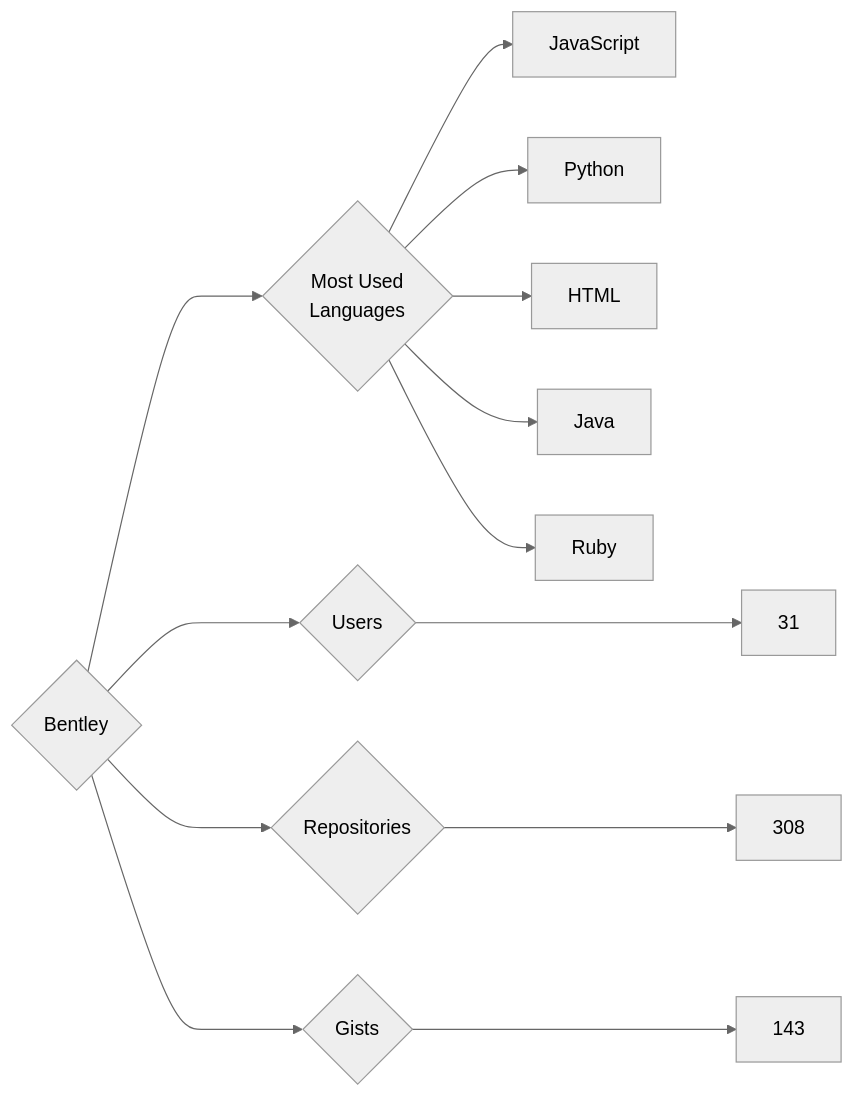
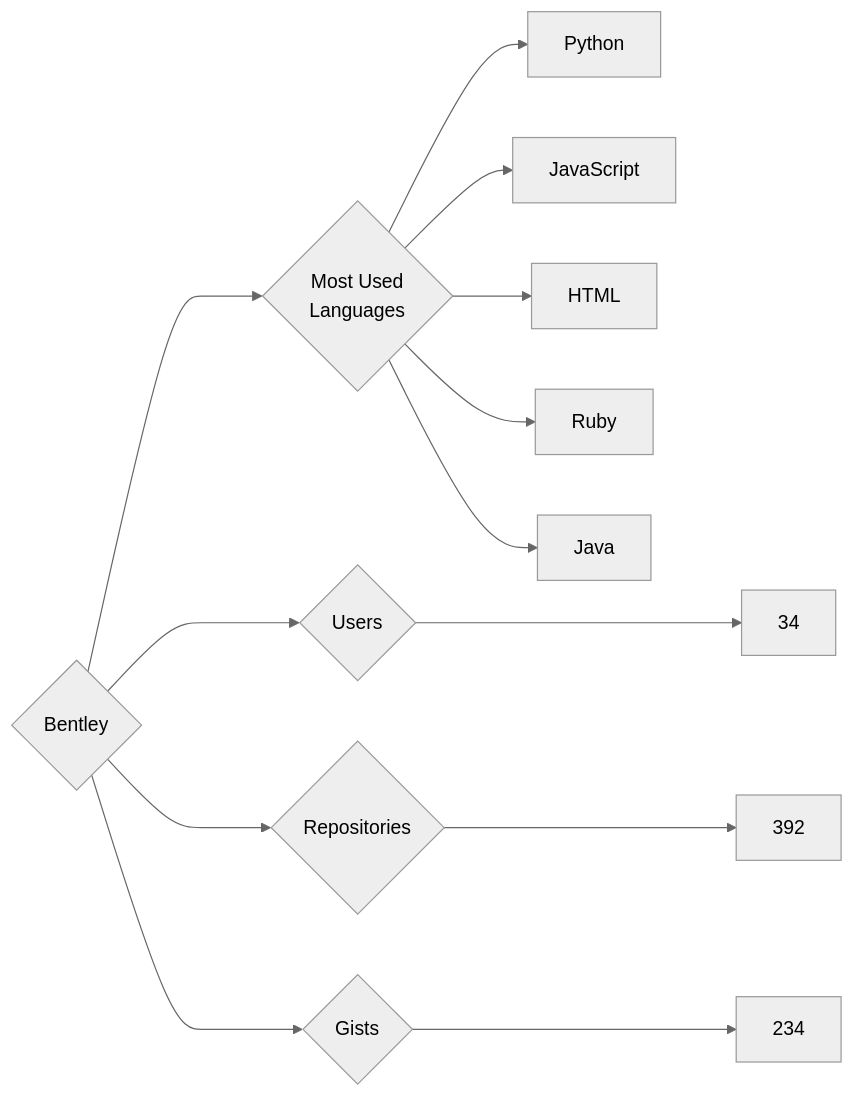
One commit to trickest/insiders changed the diagram in targets/Bentley/README.md. Above: the diagram before and after it, drawn with Mermaid (neutral theme). The commit also changed 930 other files, not shown here.

````diff
--- a/targets/Bentley/README.md
+++ b/targets/Bentley/README.md
@@ -3,13 +3,13 @@
 ```mermaid
 graph LR
 COMPANY_NAME{Bentley}
-COMPANY_NAME ---> U{Users} ---> UN[31]
-COMPANY_NAME ---> R{Repositories} ---> RN[308]
-COMPANY_NAME ---> G{Gists} ---> GN[143]
+COMPANY_NAME ---> U{Users} ---> UN[34]
+COMPANY_NAME ---> R{Repositories} ---> RN[392]
+COMPANY_NAME ---> G{Gists} ---> GN[234]
 COMPANY_NAME ---> ML{Most Used<br>Languages}
+ML --> Python[Python]
 ML --> JavaScript[JavaScript]
-ML --> Python[Python]
 ML --> HTML[HTML]
+ML --> Ruby[Ruby]
 ML --> Java[Java]
-ML --> Ruby[Ruby]
 ```
````
